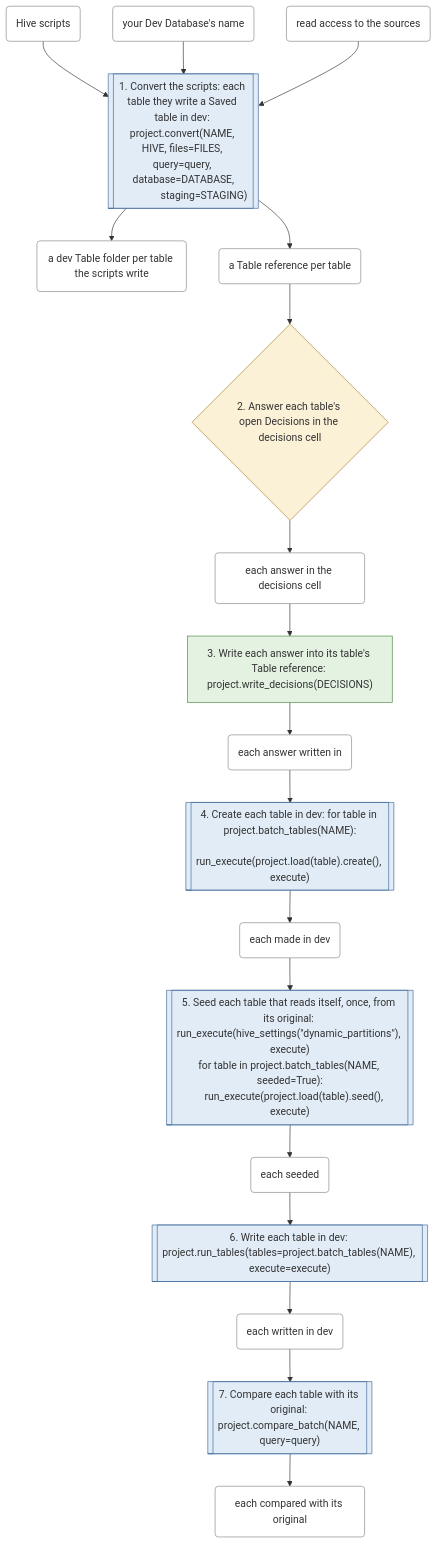
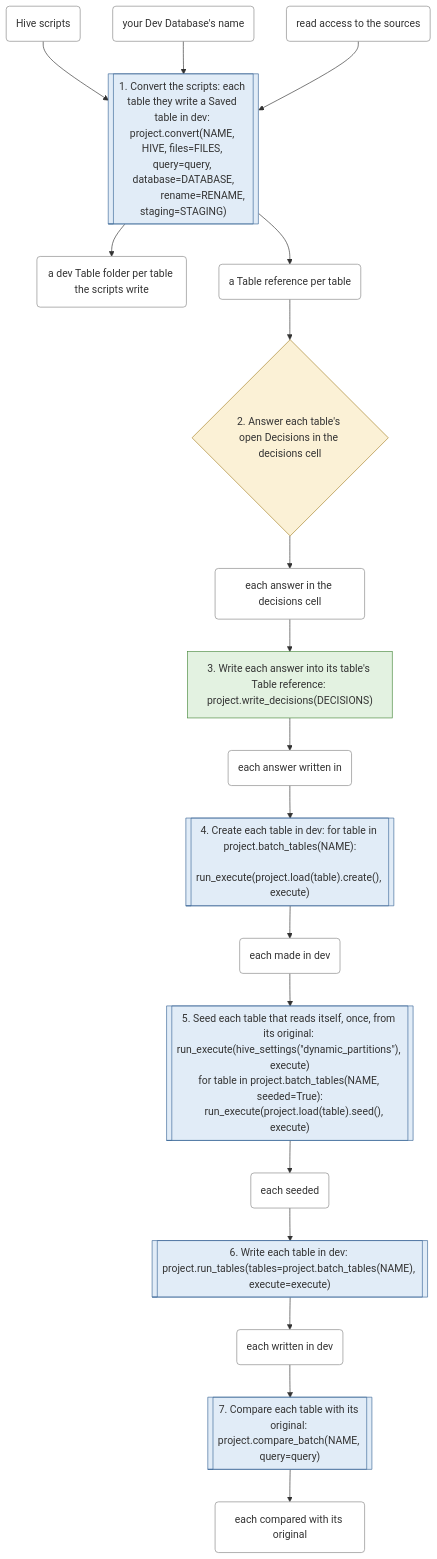
Before and after one commit to EdgyPage/SQL-Composer: the first of 6 diagrams in docs/workflows.md, drawn with Mermaid. The commit also changed 34 other files, not shown here.

````diff
--- a/docs/workflows.md
+++ b/docs/workflows.md
@@ -23,46 +23,46 @@
 ```mermaid
 flowchart TD
     s0[["1. Convert the scripts: each table they write a Saved table in dev: project.convert(NAME, HIVE, files=FILES, query=query, database=DATABASE,
-                staging=STAGING)"]]:::warehouse_call
+                rename=RENAME, staging=STAGING)"]]:::warehouse_call
     s1{"2. Answer each table's open Decisions in the decisions cell"}:::your_decision
     s2["3. Write each answer into its table's Table reference: project.write_decisions(DECISIONS)"]:::files_only
     s3[["4. Create each table in dev: for table in project.batch_tables(NAME):
     run_execute(project.load(table).create(), execute)"]]:::warehouse_call
     s4[["5. Seed each table that reads itself, once, from its original: run_execute(hive_settings(#quot;dynamic_partitions#quot;), execute)
 for table in project.batch_tables(NAME, seeded=True):
     run_execute(project.load(table).seed(), execute)"]]:::warehouse_call
     s5[["6. Write each table in dev: project.run_tables(tables=project.batch_tables(NAME), execute=execute)"]]:::warehouse_call
     s6[["7. Compare each table with its original: project.compare_batch(NAME, query=query)"]]:::warehouse_call
     t0("Hive scripts"):::thing
     t1("your Dev Database's name"):::thing
     t2("read access to the sources"):::thing
     t3("a dev Table folder per table the scripts write"):::thing
     t4("a Table reference per table"):::thing
     t5("each answer in the decisions cell"):::thing
     t6("each answer written in"):::thing
     t7("each made in dev"):::thing
     t8("each seeded"):::thing
     t9("each written in dev"):::thing
     t10("each compared with its original"):::thing
     t0 --> s0
     t1 --> s0
     t2 --> s0
     s0 --> t3
     s0 --> t4
     t4 --> s1
     s1 --> t5
     t5 --> s2
     s2 --> t6
     t6 --> s3
     s3 --> t7
     t7 --> s4
     s4 --> t8
     t8 --> s5
     s5 --> t9
     t9 --> s6
     s6 --> t10
     classDef files_only fill:#e3f2e1,stroke:#4a8a3f
     classDef warehouse_call fill:#e1ecf7,stroke:#3f6a9a
     classDef your_decision fill:#fbf1d6,stroke:#a8842a
     classDef thing fill:#ffffff,stroke:#888888
 ```
````
